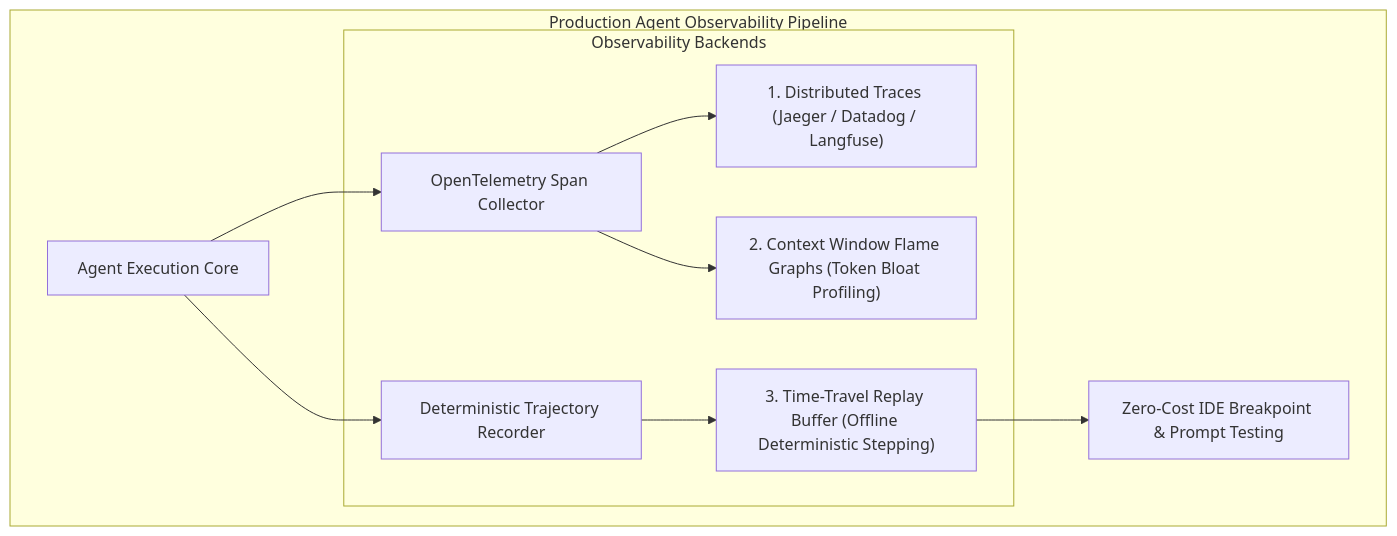
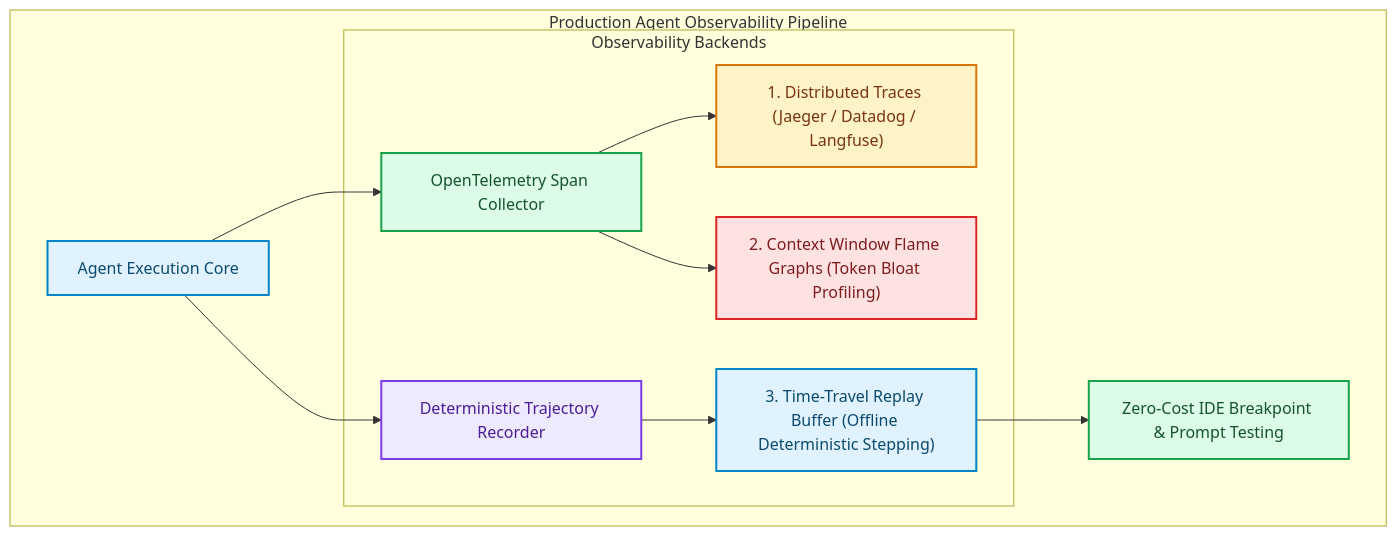
One commit to akmalkhaniub/akmalkhaniub.github.io changed the first of 2 diagrams in blog/posts/debugging-black-box-ai-agents-opentelemetry-time-travel-replay.md. Above: the diagram before and after it, drawn with Mermaid. The commit also changed other lines of this file and 1291 other files, not shown here.

First line of the commit message:
feat(catalog): unique covers, scholarly references, and diagram palettes

````diff
--- a/blog/posts/debugging-black-box-ai-agents-opentelemetry-time-travel-replay.md
+++ b/blog/posts/debugging-black-box-ai-agents-opentelemetry-time-travel-replay.md
@@ -14,15 +14,26 @@
 ```mermaid
 flowchart TD
   subgraph SG1_ProductionAgentObservability ["Production Agent Observability Pipeline"]
-    AgentCore[Agent Execution Core] --> OTel[OpenTelemetry Span Collector]
-    AgentCore --> Recorder[Deterministic Trajectory Recorder]
+    AgentCore["Agent Execution Core"] --> OTel["OpenTelemetry Span Collector"]
+    AgentCore --> Recorder["Deterministic Trajectory Recorder"]
     
     subgraph SG2_ObservabilityBackends ["Observability Backends"]
       OTel --> Traces["1. Distributed Traces (Jaeger / Datadog / Langfuse)"]
       OTel --> FlameGraphs["2. Context Window Flame Graphs (Token Bloat Profiling)"]
       Recorder --> ReplayBuffer["3. Time-Travel Replay Buffer (Offline Deterministic Stepping)"]
     end
     
-    ReplayBuffer --> OfflineDebugger[Zero-Cost IDE Breakpoint & Prompt Testing]
+    ReplayBuffer --> OfflineDebugger["Zero-Cost IDE Breakpoint & Prompt Testing"]
   end
+
+classDef green fill:#dcfce7,stroke:#16a34a,stroke-width:2px,color:#14532d;
+classDef red fill:#fee2e2,stroke:#dc2626,stroke-width:2px,color:#7f1d1d;
+classDef blue fill:#e0f2fe,stroke:#0284c7,stroke-width:2px,color:#0c4a6e;
+classDef yellow fill:#fef3c7,stroke:#d97706,stroke-width:2px,color:#78350f;
+classDef purple fill:#ede9fe,stroke:#7c3aed,stroke-width:2px,color:#4c1d95;
+class AgentCore,ReplayBuffer blue
+class OTel,OfflineDebugger green
+class Recorder purple
+class Traces yellow
+class FlameGraphs red
 ```
````
